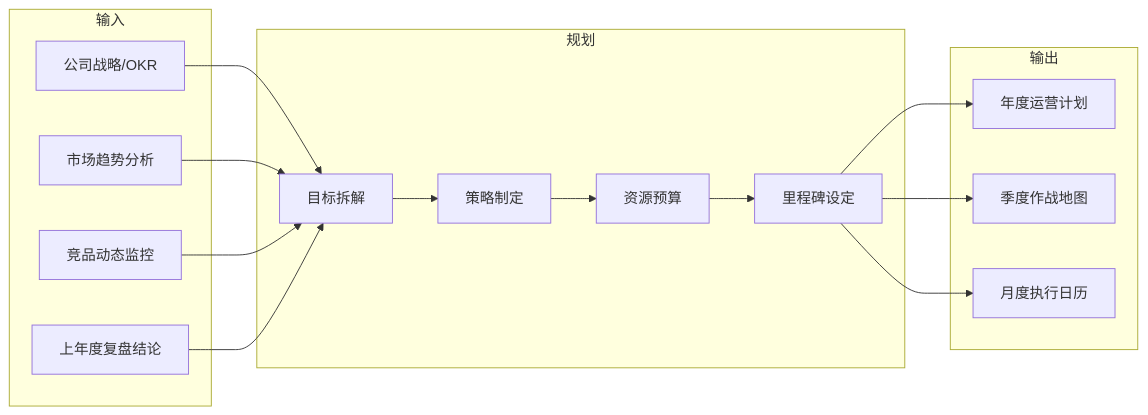
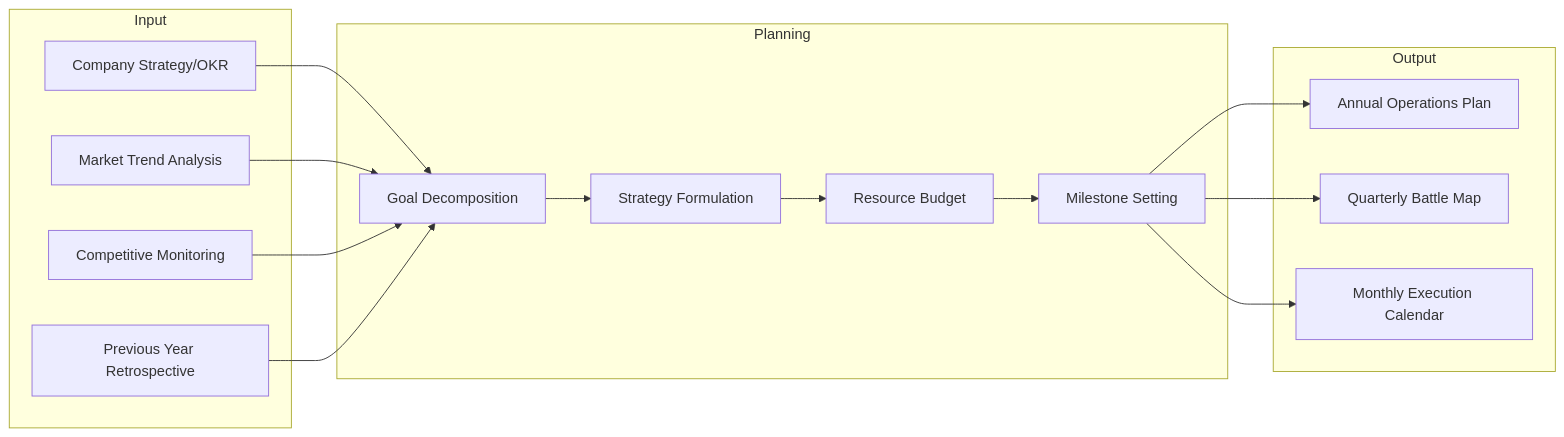
One commit to Kirky-X/cangjie changed the second of 9 diagrams in templates/产品/运营层/【模板】运营手册.md. Above: the diagram before and after it, drawn with Mermaid. The commit also changed other lines of this file and 46 other files, not shown here.

````diff
--- a/templates/产品/运营层/【模板】运营手册.md
+++ b/templates/产品/运营层/【模板】运营手册.md
@@ -89,31 +89,31 @@
 ```mermaid
 flowchart LR
-    subgraph 输入
-        I1[公司战略/OKR]
-        I2[市场趋势分析]
-        I3[竞品动态监控]
-        I4[上年度复盘结论]
+    subgraph Input
+        I1[Company Strategy/OKR]
+        I2[Market Trend Analysis]
+        I3[Competitive Monitoring]
+        I4[Previous Year Retrospective]
     end
 
-    subgraph 规划
-        P1[目标拆解]
-        P2[策略制定]
-        P3[资源预算]
-        P4[里程碑设定]
+    subgraph Planning
+        P1[Goal Decomposition]
+        P2[Strategy Formulation]
+        P3[Resource Budget]
+        P4[Milestone Setting]
     end
 
-    subgraph 输出
-        O1[年度运营计划]
-        O2[季度作战地图]
-        O3[月度执行日历]
+    subgraph Output
+        O1[Annual Operations Plan]
+        O2[Quarterly Battle Map]
+        O3[Monthly Execution Calendar]
     end
 
     I1 --> P1
     I2 --> P1
     I3 --> P1
     I4 --> P1
     P1 --> P2 --> P3 --> P4
     P4 --> O1
     P4 --> O2
     P4 --> O3
 ```
````
